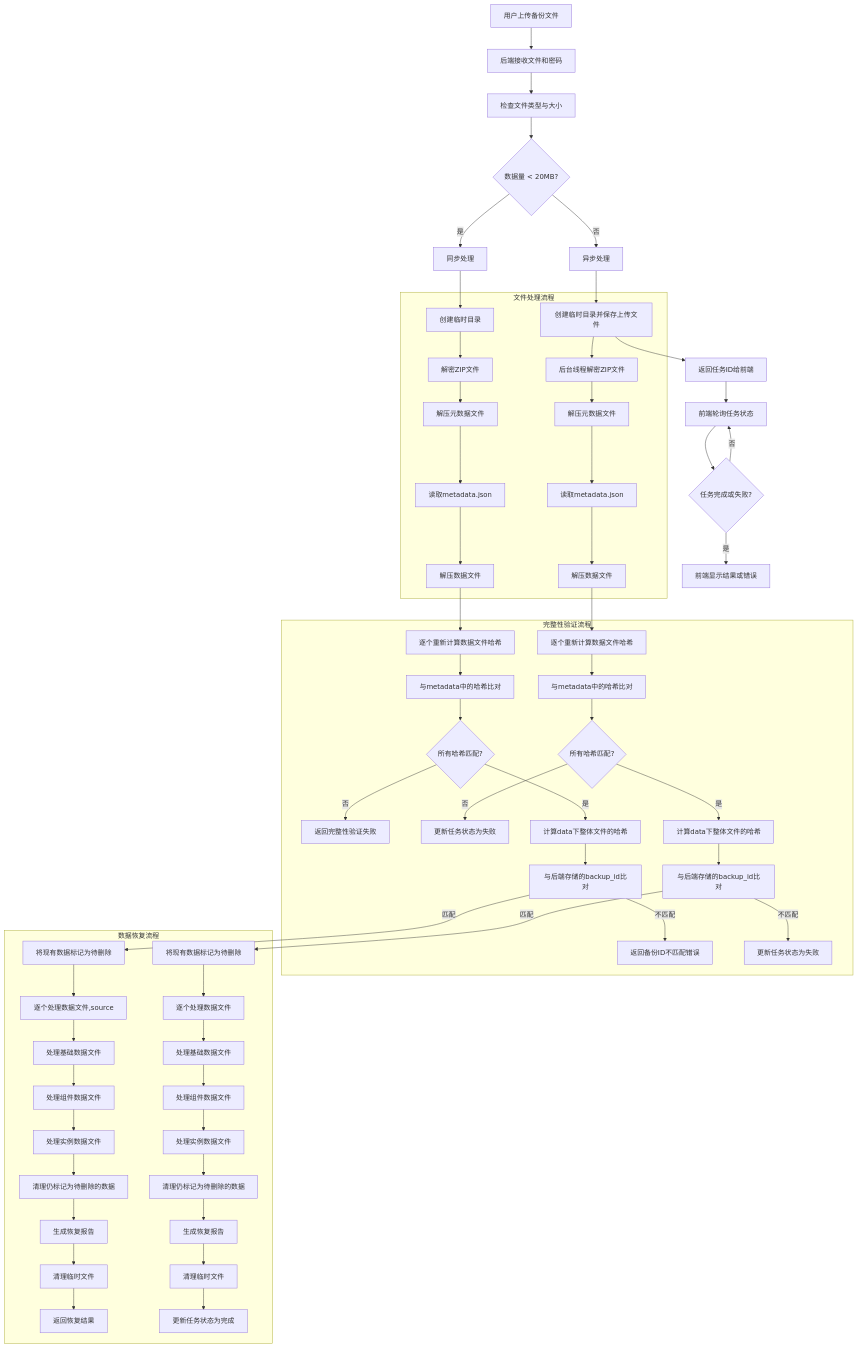
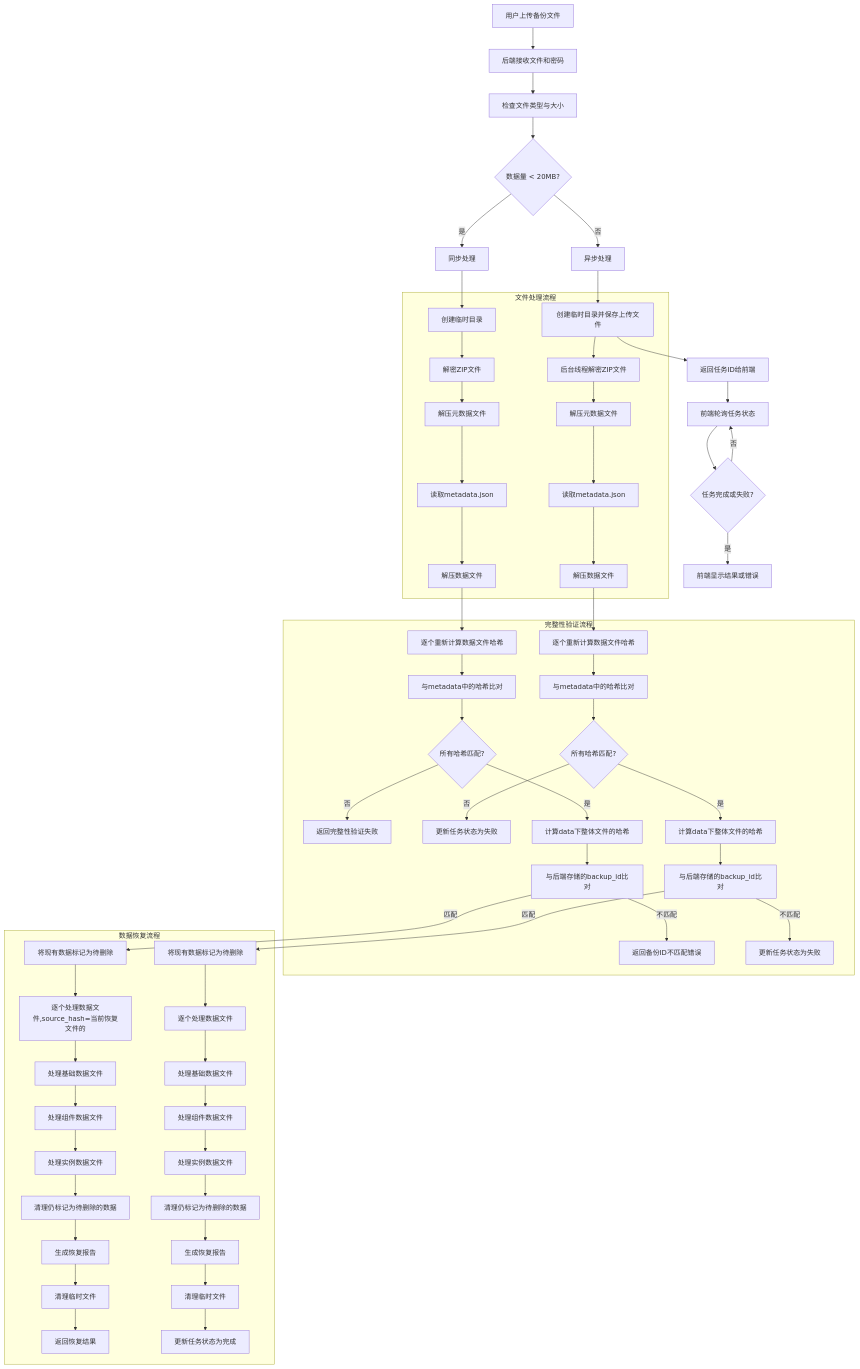
One commit to yingjianzh/iodraw-files changed the diagram in all/未命名-63.md. Above: the diagram before and after it, drawn with Mermaid.

Commit message:
2025-05-19 14:46:51 update

```diff
--- a/all/未命名-63.md
+++ b/all/未命名-63.md
@@ -54,7 +54,7 @@
         Q1 -->|匹配| S1[将现有数据标记为待删除]
         Q2 -->|匹配| S2[将现有数据标记为待删除]
         
-        S1 --> T1[逐个处理数据文件,source]
+        S1 --> T1[逐个处理数据文件,source_hash=当前恢复文件的]
         S2 --> T2[逐个处理数据文件]
         
         T1 --> U1[处理基础数据文件]
```
